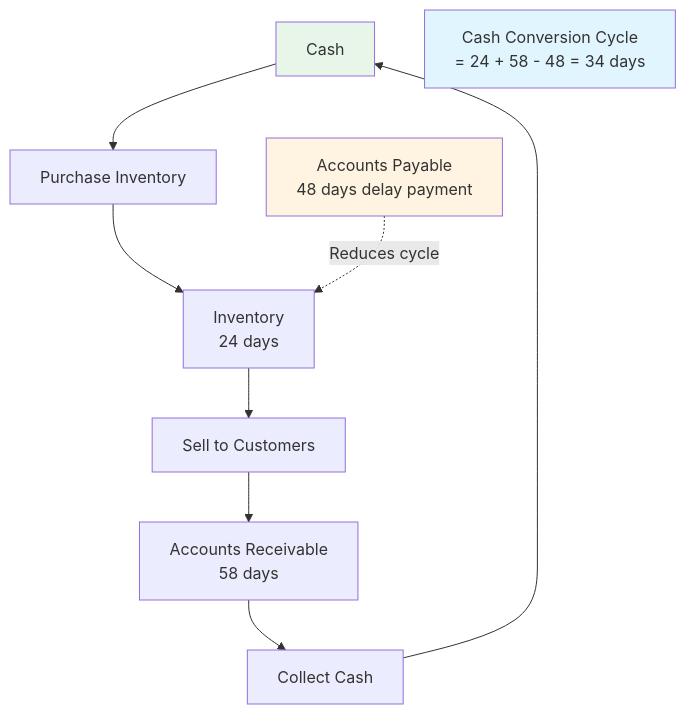
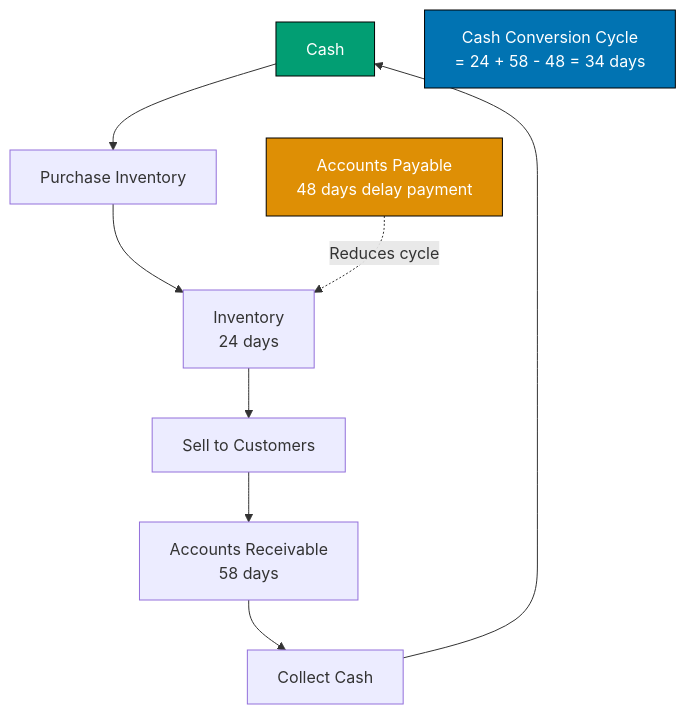
Before and after one commit to wahidyankf/open-sharia-enterprise: the fifth of 12 diagrams in docs/tutorials/business-and-finance/tu-bufi__corporate-finance.md, drawn with Mermaid. The commit also changed other lines of this file and 22 other files, not shown here.

First line of the commit message:
docs(diagrams): ensure all mermaid diagrams use color-blind friendly palette

````diff
--- a/docs/tutorials/business-and-finance/tu-bufi__corporate-finance.md
+++ b/docs/tutorials/business-and-finance/tu-bufi__corporate-finance.md
@@ -537,17 +552,17 @@
 ```mermaid
 flowchart TD
 	A[Cash] --> B[Purchase Inventory]
 	B --> C[Inventory<br/>24 days]
 	C --> D[Sell to Customers]
 	D --> E[Accounts Receivable<br/>58 days]
 	E --> F[Collect Cash]
 	F --> A
 
 	G[Accounts Payable<br/>48 days delay payment] -.Reduces cycle.-> C
 
 	H[Cash Conversion Cycle<br/>= 24 + 58 - 48 = 34 days]
 
-	style A fill:#e8f5e9
-	style H fill:#e1f5ff
-	style G fill:#fff4e1
+	style A fill:#029E73,stroke:#000000,color:#FFFFFF
+	style H fill:#0173B2,stroke:#000000,color:#FFFFFF
+	style G fill:#DE8F05,stroke:#000000,color:#FFFFFF
 ```
````
